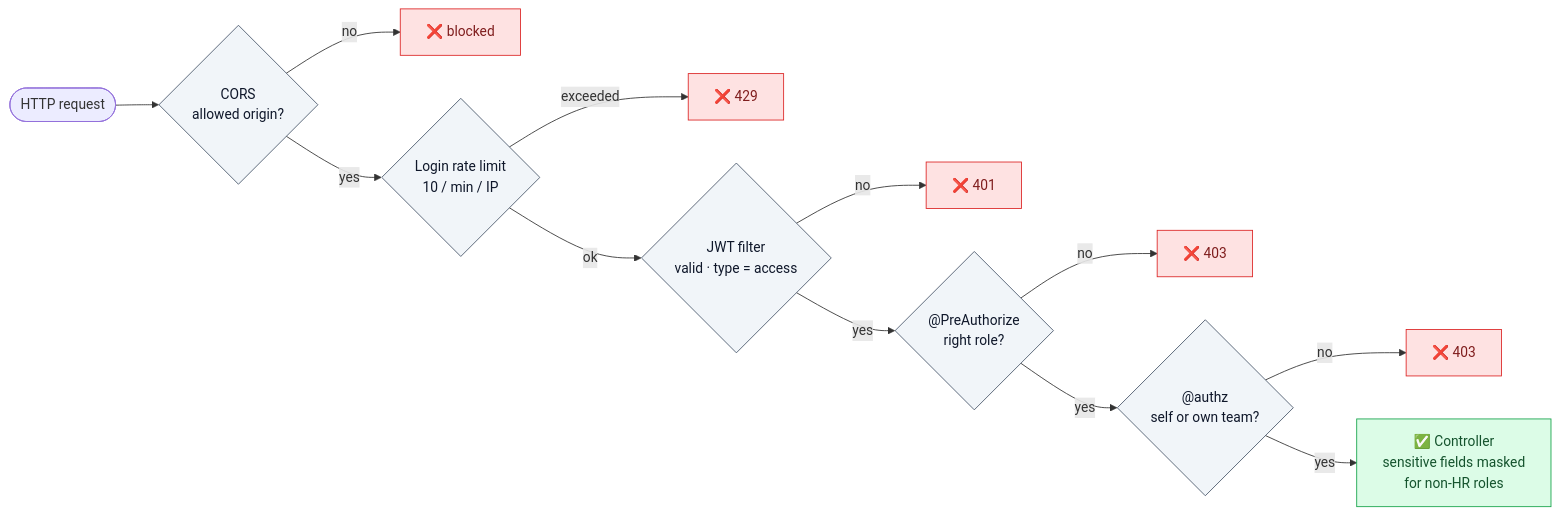
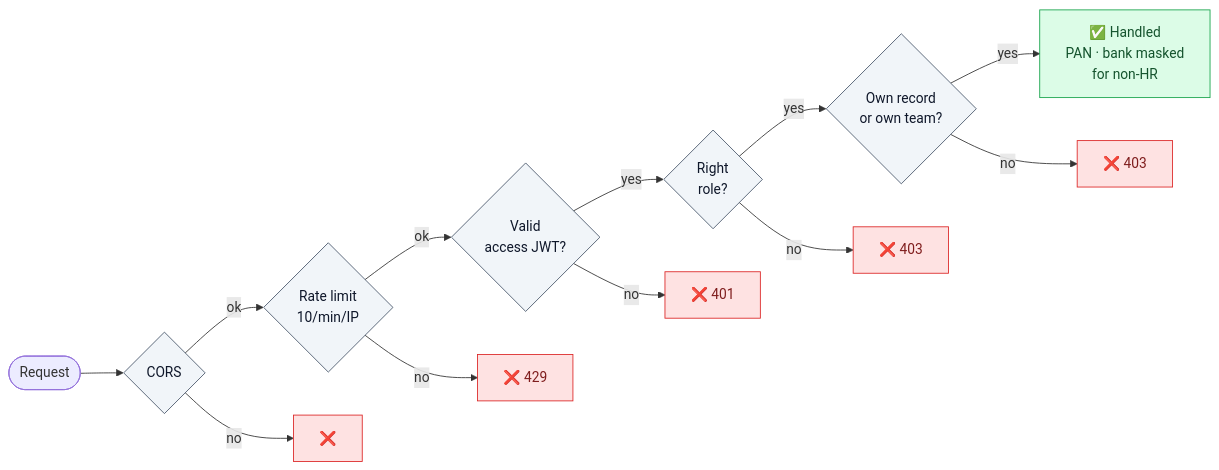
One commit to ayukaushik1357-bit/HRGenius changed the fourth of 7 diagrams in README.md. Above: the diagram before and after it, drawn with Mermaid. The commit also changed other lines of this file, not shown here.

First line of the commit message:
docs: shorter README with new architecture diagrams

````diff
--- a/README.md
+++ b/README.md
@@ -93,21 +164,16 @@
 ```mermaid
 flowchart LR
-    REQ(["HTTP request"]) --> CORS{"CORS<br/>allowed origin?"}
-    CORS -- no --> X1["❌ blocked"]
-    CORS -- yes --> RL{"Login rate limit<br/>10 / min / IP"}
-    RL -- exceeded --> X2["❌ 429"]
-    RL -- ok --> JWT{"JWT filter<br/>valid · type = access"}
-    JWT -- no --> X3["❌ 401"]
-    JWT -- yes --> ROLE{"@PreAuthorize<br/>right role?"}
-    ROLE -- no --> X4["❌ 403"]
-    ROLE -- yes --> OWN{"@authz<br/>self or own team?"}
-    OWN -- no --> X5["❌ 403"]
-    OWN -- yes --> OK["✅ Controller<br/>sensitive fields masked<br/>for non-HR roles"]
+    R(["Request"]) --> A{"CORS"} -->|ok| B{"Rate limit<br/>10/min/IP"} -->|ok| C{"Valid<br/>access JWT?"} -->|yes| D{"Right<br/>role?"} -->|yes| E{"Own record<br/>or own team?"} -->|yes| OK["✅ Handled<br/>PAN · bank masked<br/>for non-HR"]
+    A -->|no| X1["❌"]
+    B -->|no| X2["❌ 429"]
+    C -->|no| X3["❌ 401"]
+    D -->|no| X4["❌ 403"]
+    E -->|no| X5["❌ 403"]
 
-    classDef bad fill:#FEE2E2,stroke:#DC2626,color:#7f1d1d
-    classDef good fill:#DCFCE7,stroke:#16A34A,color:#14532d
-    classDef gate fill:#F1F5F9,stroke:#475569,color:#0f172a
+    classDef bad fill:#FEE2E2,stroke:#DC2626,color:#7F1D1D
+    classDef good fill:#DCFCE7,stroke:#16A34A,color:#14532D
+    classDef gate fill:#F1F5F9,stroke:#475569,color:#0F172A
     class X1,X2,X3,X4,X5 bad
     class OK good
-    class CORS,RL,JWT,ROLE,OWN gate
+    class A,B,C,D,E gate
 ```
````
